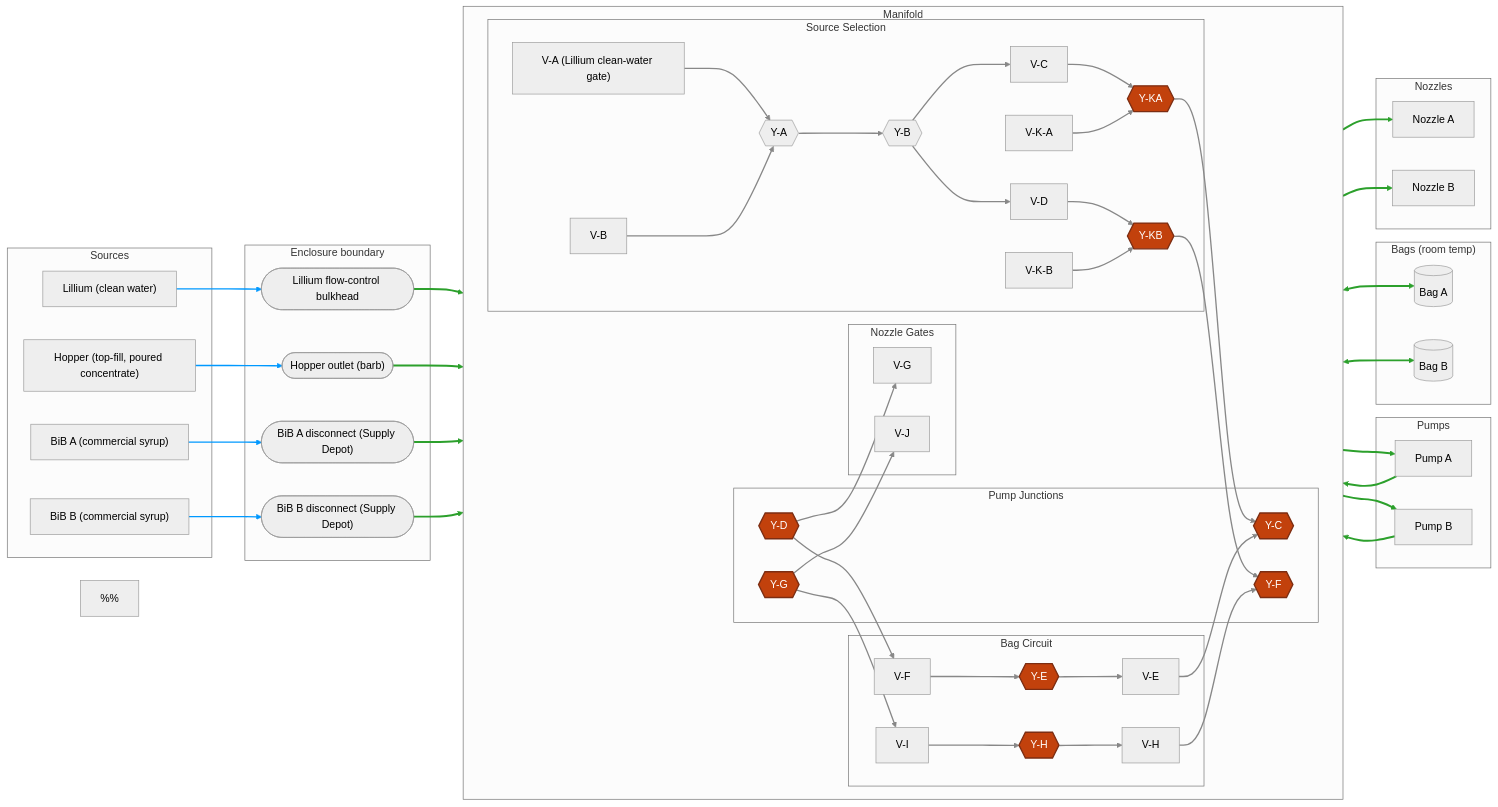
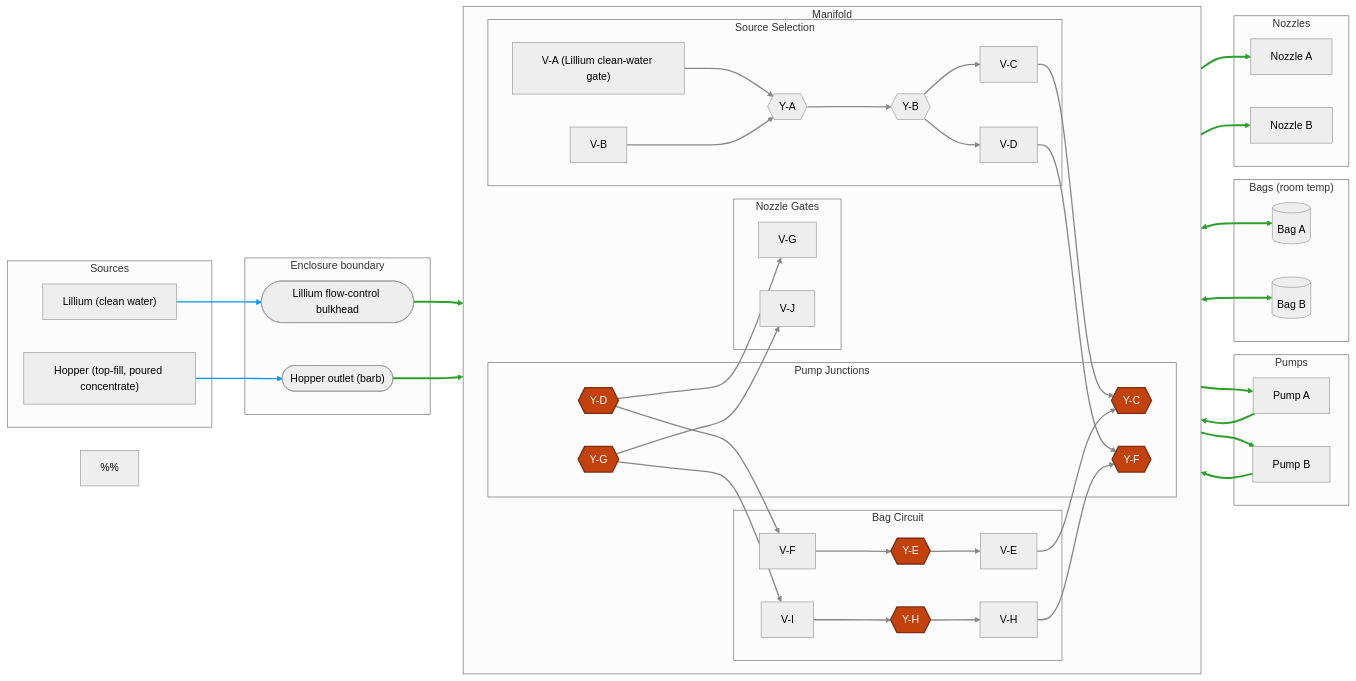
One commit to derekbreden/homesodamachine changed the diagram in pie-in-the-sky/lite/fluid-topology-manifold.mmd. Above: the diagram before and after it, drawn with Mermaid (neutral theme). The commit also changed 11 other files, not shown here.

```diff
--- a/pie-in-the-sky/lite/fluid-topology-manifold.mmd
+++ b/pie-in-the-sky/lite/fluid-topology-manifold.mmd
@@ -1,178 +1,157 @@
 flowchart LR
 
   %% =====================================================================
   %% Lite Edition — Flavor Manifold
   %% Pie-in-the-sky, not roadmap.
   %%
   %% Fork of the integrated manifold (/hardware/topology/fluid-topology-manifold.mmd
   %% and /hardware/topology/fluid-topology.md). Same valve set; the Lite differs in:
   %%   - No chill: the bag is a room-temperature reservoir, not a chilled buffer.
   %%   - V-A is fed from the customer's Lillium water outlet through a wall-mounted
   %%     adjustable flow-control valve (neoFit ABCVU44-E) throttled down so the
   %%     manifold runs at its low (<10 PSI) working pressure -- the kitchen's
   %%     flow-regulator role.
   %%   - Hopper is a TOP-FILL POUR opening (printed enclosure part), not a tube port:
   %%     concentrate is poured in and routed through the manifold to fill the bags.
-  %%   - BiB is the COMMERCIAL-SYRUP input -- a bag-in-box disconnect, one per channel
-  %%     (two distinct syrups). It dispenses DIRECT: BiB -> pump -> nozzle, no bag
-  %%     pre-load (an operations change: open the nozzle gate, not the bag-fill gate).
-  %%     Same edges as the integrated build.
   %%
   %% Edge color = tube material:
   %%   green = clear NSF-51 PVC — the runs the user reads through the transparent
   %%           enclosure (nozzle lines, bag runs, pump loops) AND the long clear
   %%           tube from each enclosure-wall port to its manifold valve
   %%   grey  = JG push-to-connect on LLDPE — hidden manifold routing
   %%   blue  = external source side at the enclosure boundary, up to its port. The
   %%           mechanism varies: Lillium is the customer's push-connect water line
-  %%           into the flow-control bulkhead; each BiB is a commercial syrup bag on a
-  %%           Supply Depot disconnect; the Hopper is a manual top-fill pour. Past the
-  %%           boundary the run becomes green (clear PVC) on the way to the manifold
+  %%           into the flow-control bulkhead; the Hopper is a manual top-fill pour.
+  %%           Past the boundary the run becomes green (clear PVC) on the way to
+  %%           the manifold
   %% Clear runs join the PTC manifold with a neoFit stem-barb (ATBC44-E, 1/4" stem
   %% x 1/4" barb): the stem pushes into each valve / Y port -- and into the Lillium
   %% flow-control bulkhead's inner port -- and the soft PVC rides the barb.
   %%
   %% Candidate parts: PVCA-0406 clear PVC (1/4" ID x 3/8" OD, NSF-51) on the green runs;
   %% black 1/4" OD LLDPE (neoFlo LLDPE4-BLACK) on the grey internal hops; neoFit ATBC44-E
   %% stem-barb (1/4" stem x 1/4" barb) at each takeoff; JG PP2308E Y-dividers (Y-A/B)
-  %% + JG PP0208E union tees (the other 8 junctions);
+  %% + JG PP0208E union tees (the other 6 junctions);
   %% Beduan 1/4" PTC valves; neoFit ABCVU44-E flow-control bulkhead on the Lillium feed.
-  %% Hopper is a printed top-fill opening; each BiB is a Supply Depot commercial-syrup
-  %% disconnect stepped 3/8->1/4 to clear PVC (one per channel).
+  %% Hopper is a printed top-fill opening.
   %% Open: pump loops are clear only if the pump is visible.
   %% =====================================================================
 
   subgraph Sources["Sources"]
     Lillium["Lillium (clean water)"]
     Hopper["Hopper (top-fill, poured concentrate)"]
-    BiBA["BiB A (commercial syrup)"]
-    BiBB["BiB B (commercial syrup)"]
   end
 
   subgraph EnclosureWall["Enclosure boundary"]
     PortLillium(["Lillium flow-control bulkhead"])
     PortHopper(["Hopper outlet (barb)"])
-    PortBiBA(["BiB A disconnect (Supply Depot)"])
-    PortBiBB(["BiB B disconnect (Supply Depot)"])
   end
 
   subgraph Pumps["Pumps"]
     PA["Pump A"]
     PB["Pump B"]
   end
 
   subgraph Bags["Bags (room temp)"]
     BagA[("Bag A")]
     BagB[("Bag B")]
   end
 
   subgraph Nozzles["Nozzles"]
     NozzleA["Nozzle A"]
     NozzleB["Nozzle B"]
   end
 
   subgraph Manifold["Manifold"]
     direction LR
 
     subgraph SourceSelection["Source Selection"]
       VA["V-A (Lillium clean-water gate)"]
       VB["V-B"]
       YA{{"Y-A"}}
       YB{{"Y-B"}}
       VC["V-C"]
       VD["V-D"]
-      VKA["V-K-A"]
-      VKB["V-K-B"]
-      YKA{{"Y-KA"}}
-      YKB{{"Y-KB"}}
     end
 
     subgraph MfPumps["Pump Junctions"]
       YC{{"Y-C"}}
       YD{{"Y-D"}}
       YF{{"Y-F"}}
       YG{{"Y-G"}}
     end
 
     subgraph MfNozzles["Nozzle Gates"]
       VG["V-G"]
       VJ["V-J"]
     end
 
     subgraph MfBags["Bag Circuit"]
       VE["V-E"]
       YE{{"Y-E"}}
       VF["V-F"]
       VH["V-H"]
       YH{{"Y-H"}}
       VI["V-I"]
     end
 
-    %% manifold-internal edges (PTC, grey) — indices 0-16
+    %% manifold-internal edges (PTC, grey) — indices 0-12
     VA --> YA
     VB --> YA
     YA --> YB
     YB --> VC
     YB --> VD
-    VC --> YKA
-    VKA --> YKA
-    VD --> YKB
-    VKB --> YKB
-    YKA --> YC
-    YKB --> YF
+    VC --> YC
+    VD --> YF
     YD --> VG
     YD --> VF
     YG --> VJ
     YG --> VI
     VE --> YC
     VH --> YF
 
     %% bag-circuit legs: each valve to its bag Y-junction, hidden PTC routing
-    %% (grey) — indices 17-20. (Only the Y-junction-to-bag run is clear.)
+    %% (grey) — indices 13-16. (Only the Y-junction-to-bag run is clear.)
     VF --> YE
     YE --> VE
     VI --> YH
     YH --> VH
   end
 
   %% Each source meets the enclosure boundary at its port (blue) — indices
-  %% 21,23,25,27 — by its own mechanism (Lillium push-connect line, BiB commercial-bag
-  %% disconnect, Hopper top-fill pour). Past the boundary the run becomes a clear PVC
-  %% tube on to its manifold valve (green) — indices 22,24,26,28.
+  %% 17,19 — by its own mechanism (Lillium push-connect line, Hopper top-fill
+  %% pour). Past the boundary the run becomes a clear PVC tube on to its
+  %% manifold valve (green) — indices 18,20.
   Lillium --> PortLillium
   PortLillium --> VA
   Hopper --> PortHopper
   PortHopper --> VB
-  BiBA --> PortBiBA
-  PortBiBA --> VKA
-  BiBB --> PortBiBB
-  PortBiBB --> VKB
 
-  %% pump loops (clear PVC, optional) — indices 29-32
+  %% pump loops (clear PVC, optional) — indices 21-24
   YC --> PA
   PA --> YD
   YF --> PB
   PB --> YG
 
-  %% bag runs (clear PVC) — indices 33-34
+  %% bag runs (clear PVC) — indices 25-26
   YE <--> BagA
   YH <--> BagB
 
-  %% nozzle lines (clear PVC) — indices 35-36
+  %% nozzle lines (clear PVC) — indices 27-28
   VG --> NozzleA
   VJ --> NozzleB
 
   %% =========================
   %% Edge styling (tube material)
   %% =========================
   %% PTC on LLDPE — hidden manifold routing
-  linkStyle 0,1,2,3,4,5,6,7,8,9,10,11,12,13,14,15,16,17,18,19,20 stroke:#888,stroke-width:2px
+  linkStyle 0,1,2,3,4,5,6,7,8,9,10,11,12,13,14,15,16 stroke:#888,stroke-width:2px
   %% Clear NSF-51 PVC — visible runs + each wall-port-to-valve clear run
-  linkStyle 22,24,26,28,29,30,31,32,33,34,35,36 stroke:#2ca02c,stroke-width:3px
+  linkStyle 18,20,21,22,23,24,25,26,27,28 stroke:#2ca02c,stroke-width:3px
   %% Customer push-connect — external stub from each source to its enclosure-wall port
-  linkStyle 21,23,25,27 stroke:#09f,stroke-width:2px
+  linkStyle 17,19 stroke:#09f,stroke-width:2px
 
-  %% Junction geometry: Y-A/Y-B are PP2308E Y-dividers; the other eight are
+  %% Junction geometry: Y-A/Y-B are PP2308E Y-dividers; the other six are
   %% PP0208E Tees. Orange = Tee.
   classDef tee fill:#c2410c,stroke:#7c2d12,color:#ffffff,stroke-width:2px;
-  class YC,YD,YE,YF,YG,YH,YKA,YKB tee;
+  class YC,YD,YE,YF,YG,YH tee;
```
